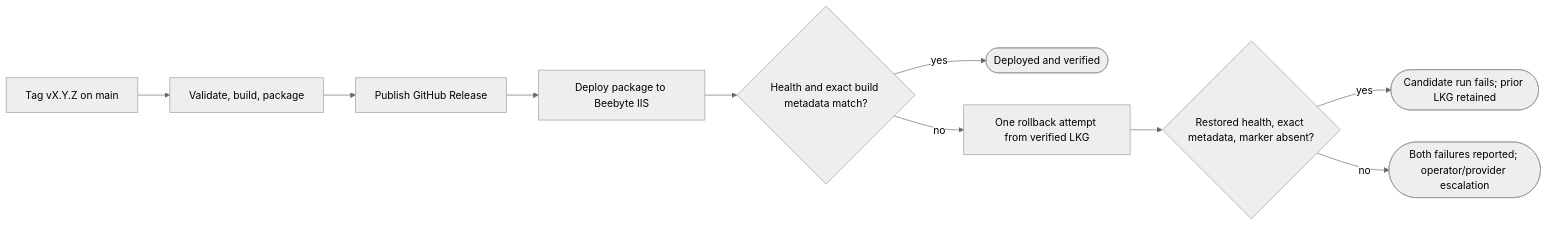
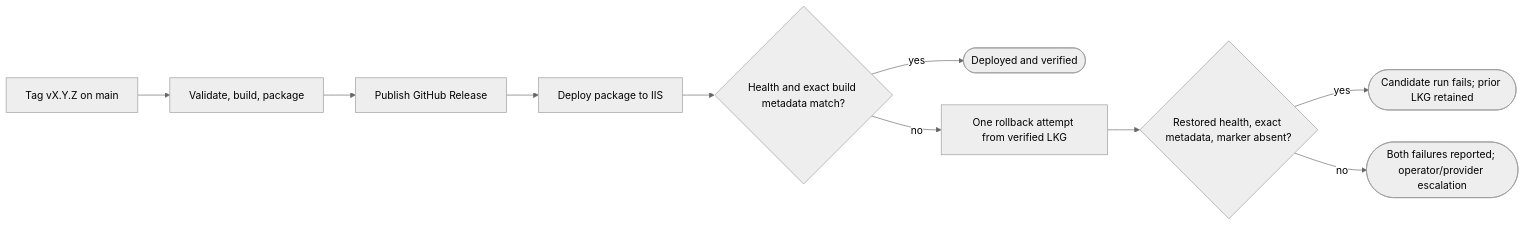
One commit to fredrik-hellmangroup/cv-online-presenter changed the diagram in docs/iis-release.md. Above: the diagram before and after it, drawn with Mermaid (neutral theme). The commit also changed other lines of this file and 9 other files, not shown here.

````diff
--- a/docs/iis-release.md
+++ b/docs/iis-release.md
@@ -7,12 +7,12 @@
 ```mermaid
 flowchart LR
     T["Tag vX.Y.Z on main"] --> B["Validate, build, package"]
     B --> R["Publish GitHub Release"]
-    R --> D["Deploy package to Beebyte IIS"]
+    R --> D["Deploy package to IIS"]
     D --> C{"Health and exact build metadata match?"}
     C -->|yes| L(["Deployed and verified"])
     C -->|no| RB["One rollback attempt from verified LKG"]
     RB --> V{"Restored health, exact metadata, marker absent?"}
     V -->|yes| F(["Candidate run fails; prior LKG retained"])
     V -->|no| O(["Both failures reported; operator/provider escalation"])
 ```
````
